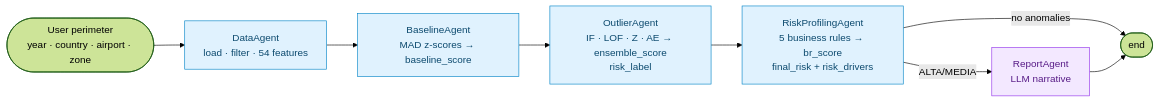
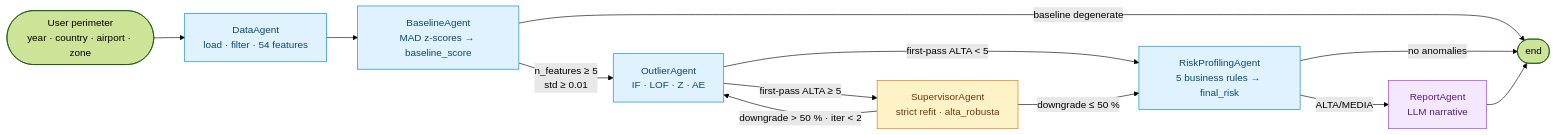
One commit to DanieleGiovanardi2408/BackPropBandits-815601- changed the diagram in README.md. Above: the diagram before and after it, drawn with Mermaid (forest theme). The commit also changed other lines of this file and 2 other files, not shown here.

````diff
--- a/README.md
+++ b/README.md
@@ -76,14 +56,21 @@
 ```mermaid
 flowchart LR
     U([User perimeter<br/>year · country · airport · zone]) --> D
     D[DataAgent<br/>load · filter · 54 features] --> B
-    B[BaselineAgent<br/>MAD z-scores → baseline_score] --> O
-    O[OutlierAgent<br/>IF · LOF · Z · AE → ensemble_score<br/>risk_label] --> R
-    R[RiskProfilingAgent<br/>5 business rules → br_score<br/>final_risk + risk_drivers] -- ALTA/MEDIA --> RP[ReportAgent<br/>LLM narrative]
-    R -- no anomalies --> END([end])
+    B[BaselineAgent<br/>MAD z-scores → baseline_score]
+    B -- "n_features ≥ 5<br/>std ≥ 0.01" --> O[OutlierAgent<br/>IF · LOF · Z · AE]
+    B -- "baseline degenerate" --> END([end])
+    O -- "first-pass ALTA ≥ 5" --> S[SupervisorAgent<br/>strict refit · alta_robusta]
+    O -- "first-pass ALTA &lt; 5" --> R
+    S -- "downgrade ≤ 50 %" --> R[RiskProfilingAgent<br/>5 business rules → final_risk]
+    S -- "downgrade > 50 % · iter &lt; 2" --> O
+    R -- "ALTA/MEDIA" --> RP[ReportAgent<br/>LLM narrative]
+    R -- "no anomalies" --> END
     RP --> END
     classDef det fill:#e0f2fe,stroke:#0284c7,color:#0c4a6e
+    classDef ver fill:#fef3c7,stroke:#d97706,color:#78350f
     classDef llm fill:#f3e8ff,stroke:#9333ea,color:#581c87
     class D,B,O,R det
+    class S ver
     class RP llm
 ```
````
